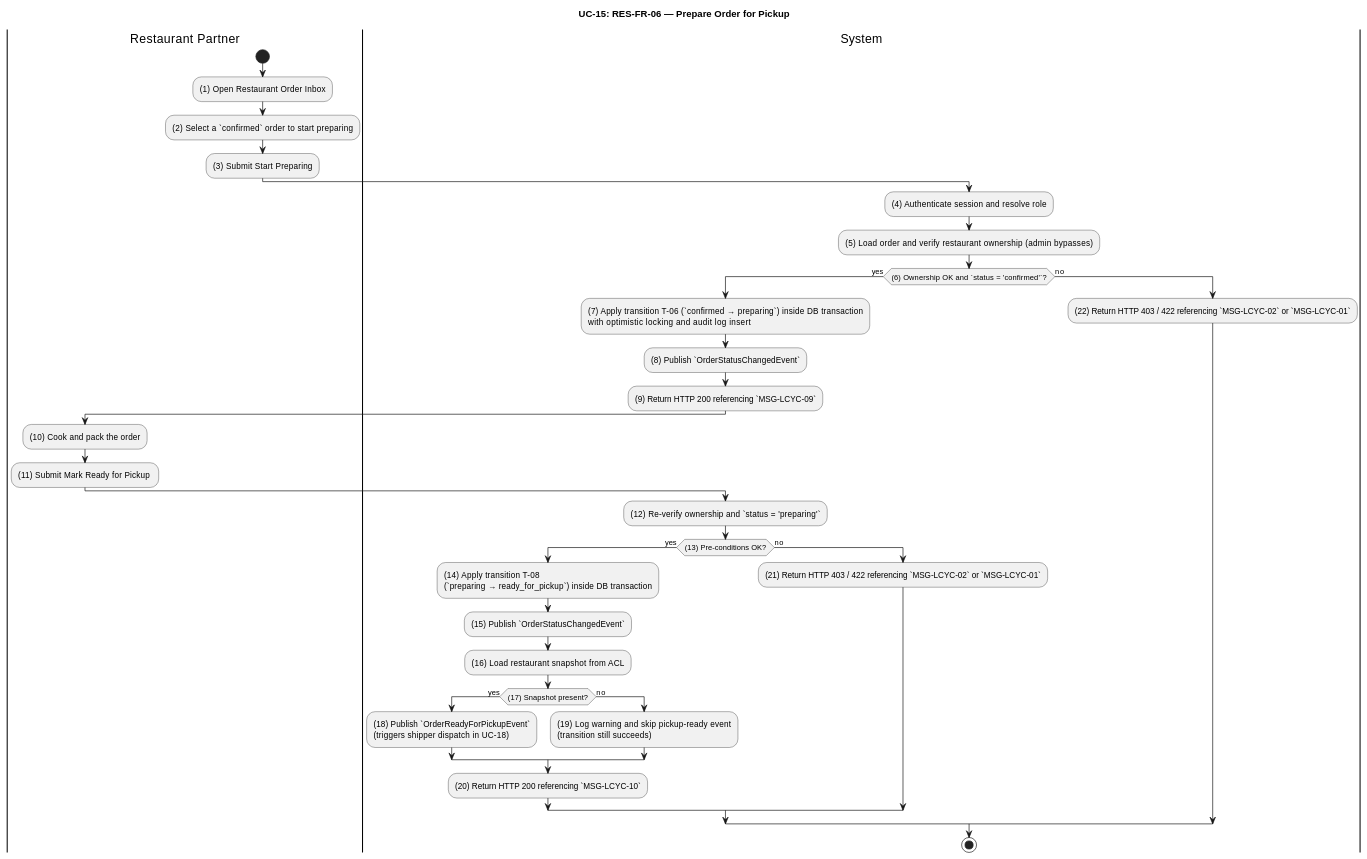
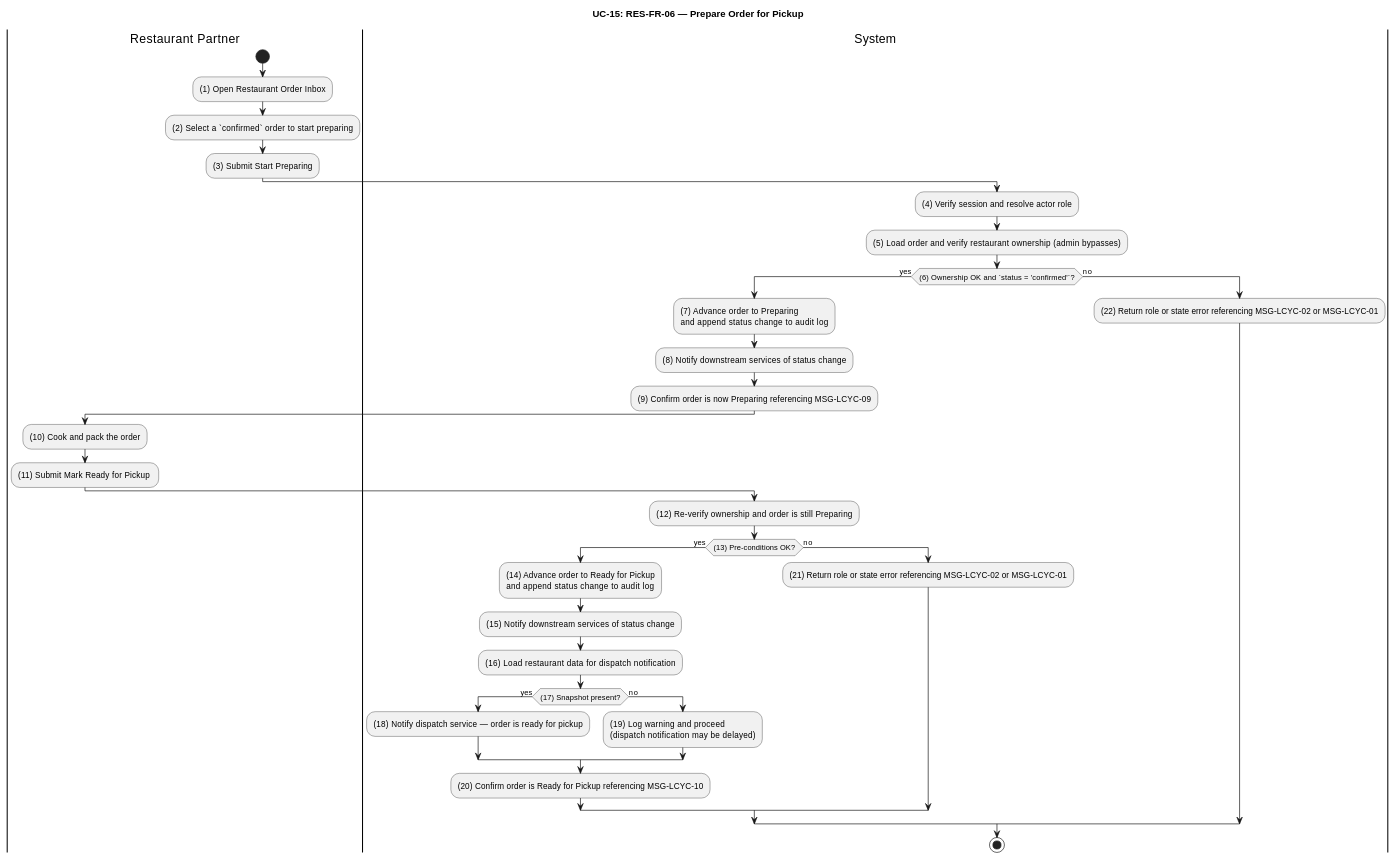
One commit to luubinhdeptrai/Food_Delivery changed diagram 15 of 26 in apps/api/docs/Final_Documents/SRS_FoodDelivery.md. Above: the diagram before and after it, drawn with PlantUML. The commit also changed other lines of this file, not shown here.

````diff
--- a/apps/api/docs/Final_Documents/SRS_FoodDelivery.md
+++ b/apps/api/docs/Final_Documents/SRS_FoodDelivery.md
@@ -1089,44 +1109,44 @@
 ```plantuml
 @startuml UC15-PrepareOrderForPickup
 title UC-15: RES-FR-06 — Prepare Order for Pickup
 skinparam ConditionEndStyle hline
 
 |Restaurant Partner|
 start
 :(1) Open Restaurant Order Inbox;
 :(2) Select a `confirmed` order to start preparing;
 :(3) Submit Start Preparing;
 
 |System|
-:(4) Authenticate session and resolve role;
+:(4) Verify session and resolve actor role;
 :(5) Load order and verify restaurant ownership (admin bypasses);
 if ((6) Ownership OK and `status = 'confirmed'`?) then (yes)
-  :(7) Apply transition T-06 (`confirmed → preparing`) inside DB transaction\nwith optimistic locking and audit log insert;
-  :(8) Publish `OrderStatusChangedEvent`;
-  :(9) Return HTTP 200 referencing `MSG-LCYC-09`;
+  :(7) Advance order to Preparing\nand append status change to audit log;
+  :(8) Notify downstream services of status change;
+  :(9) Confirm order is now Preparing referencing MSG-LCYC-09;
 
   |Restaurant Partner|
   :(10) Cook and pack the order;
   :(11) Submit Mark Ready for Pickup ;
 
   |System|
-  :(12) Re-verify ownership and `status = 'preparing'`;
+  :(12) Re-verify ownership and order is still Preparing;
   if ((13) Pre-conditions OK?) then (yes)
-    :(14) Apply transition T-08\n(`preparing → ready_for_pickup`) inside DB transaction;
-    :(15) Publish `OrderStatusChangedEvent`;
-    :(16) Load restaurant snapshot from ACL;
+    :(14) Advance order to Ready for Pickup\nand append status change to audit log;
+    :(15) Notify downstream services of status change;
+    :(16) Load restaurant data for dispatch notification;
     if ((17) Snapshot present?) then (yes)
-      :(18) Publish `OrderReadyForPickupEvent`\n(triggers shipper dispatch in UC-18);
+      :(18) Notify dispatch service — order is ready for pickup;
     else (no)
-      :(19) Log warning and skip pickup-ready event\n(transition still succeeds);
+      :(19) Log warning and proceed\n(dispatch notification may be delayed);
     endif
-    :(20) Return HTTP 200 referencing `MSG-LCYC-10`;
+    :(20) Confirm order is Ready for Pickup referencing MSG-LCYC-10;
   else (no)
-    :(21) Return HTTP 403 / 422 referencing `MSG-LCYC-02` or `MSG-LCYC-01`;
+    :(21) Return role or state error referencing MSG-LCYC-02 or MSG-LCYC-01;
   endif
 else (no)
-  :(22) Return HTTP 403 / 422 referencing `MSG-LCYC-02` or `MSG-LCYC-01`;
+  :(22) Return role or state error referencing MSG-LCYC-02 or MSG-LCYC-01;
 endif
 stop
 @enduml
 ```
````
